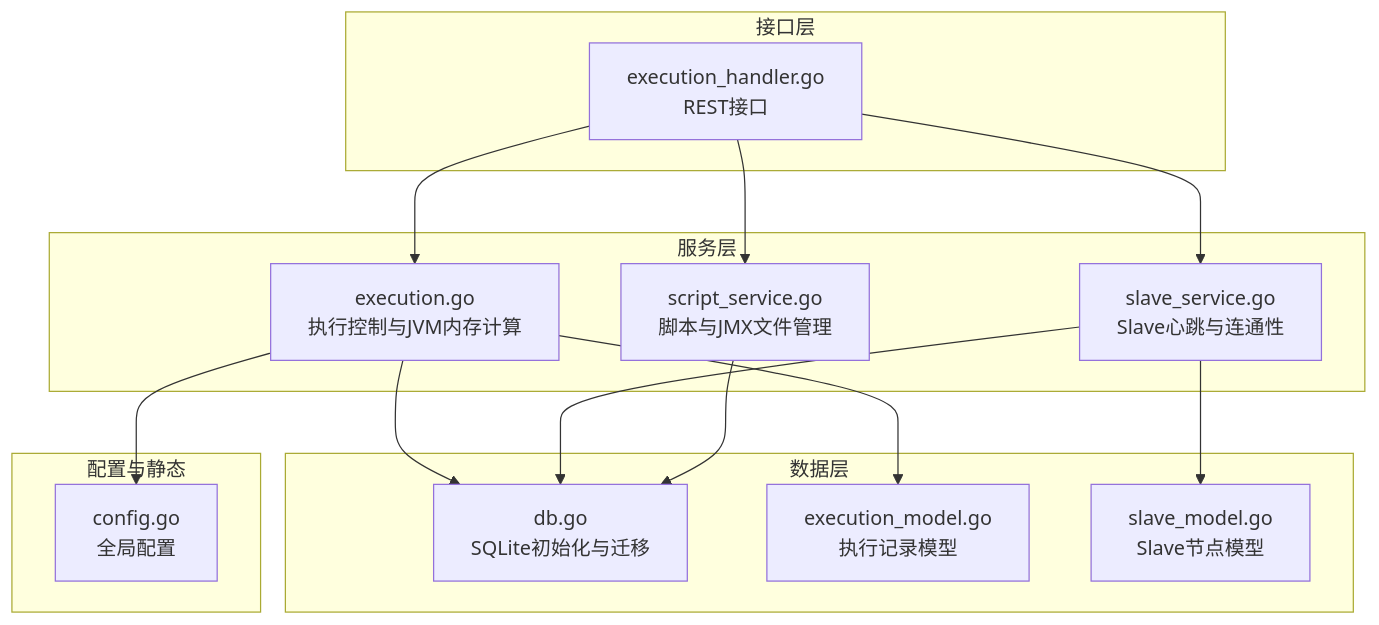
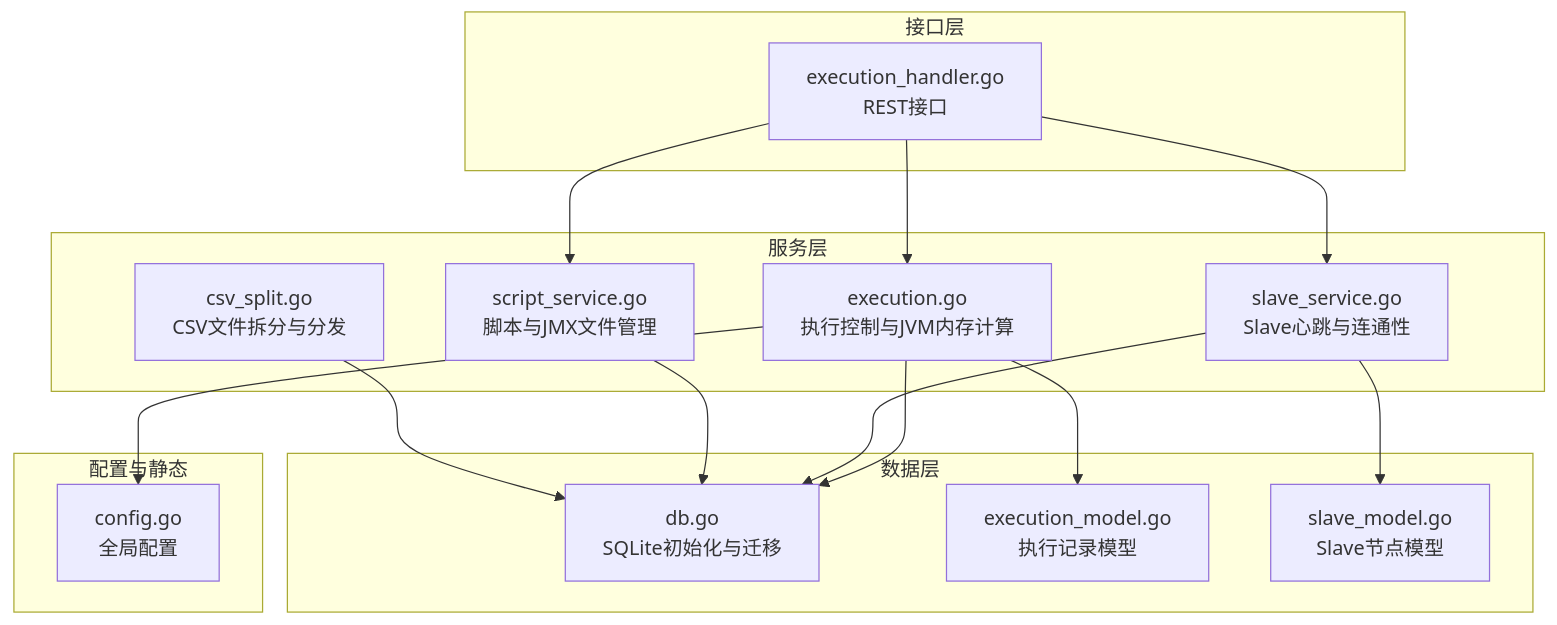
The first of 6 diagrams in .qoder/repowiki/zh/content/核心业务模块/执行管理系统/执行流程控制.md (Liyuhao02/Jmeter-Admin), drawn with Mermaid before and after one commit. The commit also changed other lines of this file and 34 other files, not shown here.

````diff
--- a/.qoder/repowiki/zh/content/核心业务模块/执行管理系统/执行流程控制.md
+++ b/.qoder/repowiki/zh/content/核心业务模块/执行管理系统/执行流程控制.md
@@ -34,28 +43,30 @@
 ```mermaid
 graph TB
 subgraph "接口层"
 H1["execution_handler.go<br/>REST接口"]
 end
 subgraph "服务层"
 S1["execution.go<br/>执行控制与JVM内存计算"]
 S2["slave_service.go<br/>Slave心跳与连通性"]
 S3["script_service.go<br/>脚本与JMX文件管理"]
+S4["csv_split.go<br/>CSV文件拆分与分发"]
 end
 subgraph "数据层"
 D1["db.go<br/>SQLite初始化与迁移"]
 M1["execution_model.go<br/>执行记录模型"]
 M2["slave_model.go<br/>Slave节点模型"]
 end
 subgraph "配置与静态"
 C1["config.go<br/>全局配置"]
 end
 H1 --> S1
 H1 --> S2
 H1 --> S3
 S1 --> D1
 S2 --> D1
 S3 --> D1
+S4 --> D1
 S1 --> M1
 S2 --> M2
 S1 --> C1
 ```
````
